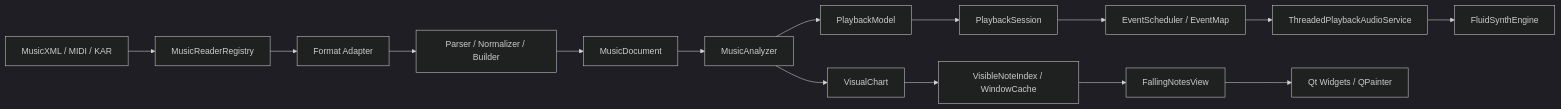
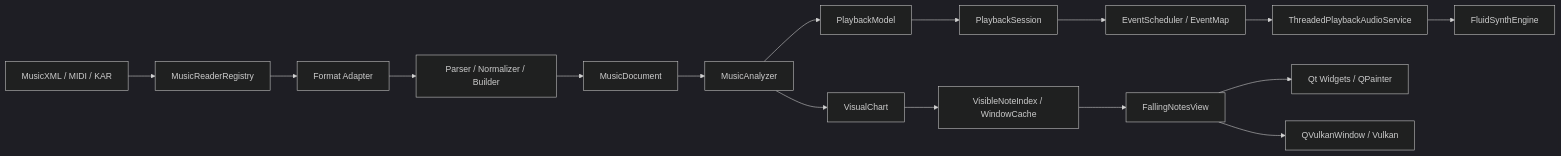
Before and after one commit to allenwu258/midi-play: the diagram in README.md, drawn with Mermaid (dark theme). The commit also changed other lines of this file, not shown here.

```diff
--- a/README.md
+++ b/README.md
@@ -320,17 +347,18 @@
 ~~~mermaid
 flowchart LR
     A[MusicXML / MIDI / KAR] --> B[MusicReaderRegistry]
     B --> C[Format Adapter]
     C --> D[Parser / Normalizer / Builder]
     D --> E[MusicDocument]
     E --> F[MusicAnalyzer]
     F --> G[PlaybackModel]
     F --> H[VisualChart]
     G --> I[PlaybackSession]
     I --> J[EventScheduler / EventMap]
     J --> K[ThreadedPlaybackAudioService]
     K --> L[FluidSynthEngine]
     H --> M[VisibleNoteIndex / WindowCache]
     M --> N[FallingNotesView]
     N --> O[Qt Widgets / QPainter]
+    N --> P[QVulkanWindow / Vulkan]
 ~~~
```
